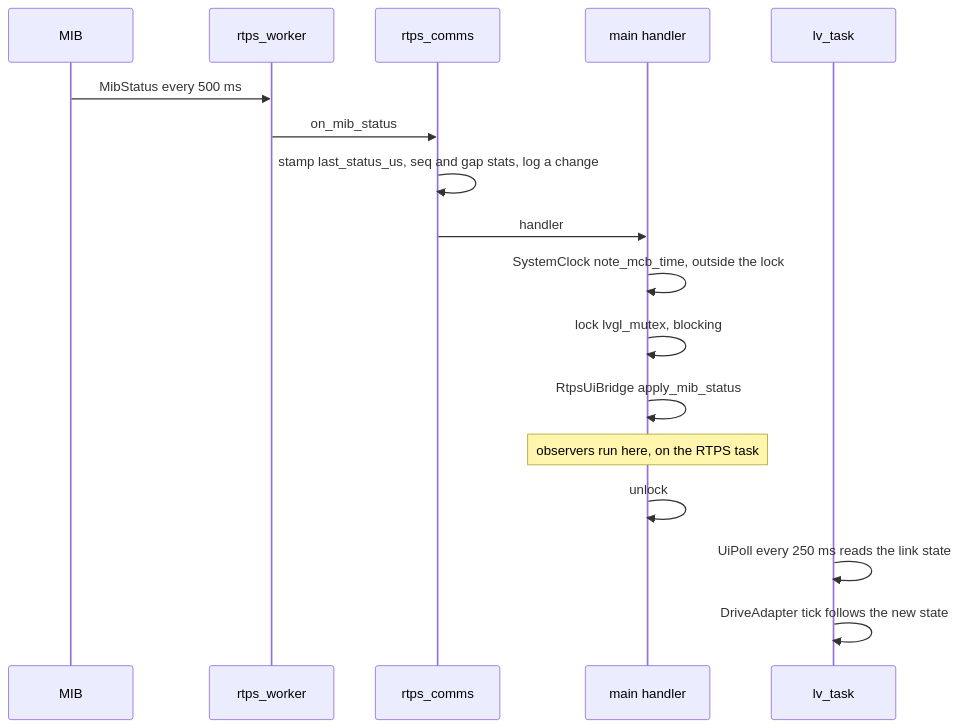
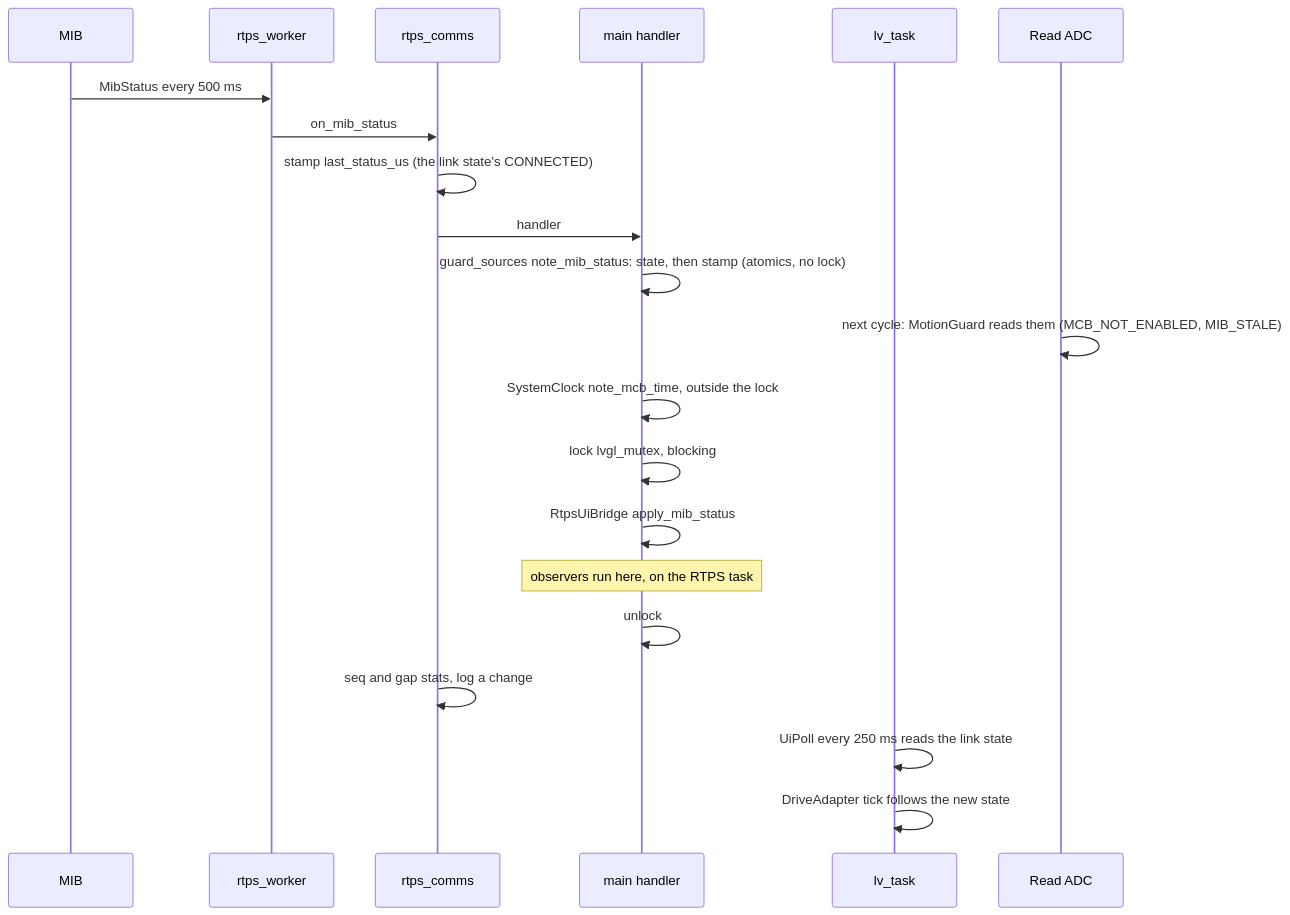
One commit to rammp-org/pace-hmi-fw changed the eighth of 8 diagrams in docs/how-the-firmware-works.md. Above: the diagram before and after it, drawn with Mermaid. The commit also changed other lines of this file and 7 other files, not shown here.

````diff
--- a/docs/how-the-firmware-works.md
+++ b/docs/how-the-firmware-works.md
@@ -820,19 +968,23 @@
 ```mermaid
 sequenceDiagram
   participant MIB
   participant W as rtps_worker
   participant R as rtps_comms
   participant M as main handler
   participant L as lv_task
+  participant A as Read ADC
   MIB->>W: MibStatus every 500 ms
   W->>R: on_mib_status
-  R->>R: stamp last_status_us, seq and gap stats, log a change
+  R->>R: stamp last_status_us (the link state's CONNECTED)
   R->>M: handler
+  M->>M: guard_sources note_mib_status: state, then stamp (atomics, no lock)
+  A->>A: next cycle: MotionGuard reads them (MCB_NOT_ENABLED, MIB_STALE)
   M->>M: SystemClock note_mcb_time, outside the lock
   M->>M: lock lvgl_mutex, blocking
   M->>M: RtpsUiBridge apply_mib_status
   Note over M: observers run here, on the RTPS task
   M->>M: unlock
+  R->>R: seq and gap stats, log a change
   L->>L: UiPoll every 250 ms reads the link state
   L->>L: DriveAdapter tick follows the new state
 ```
````
